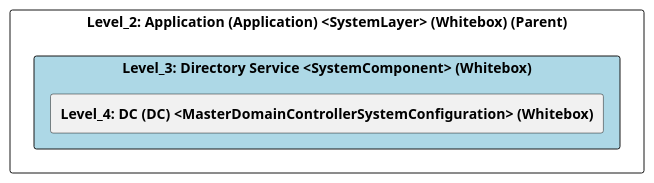
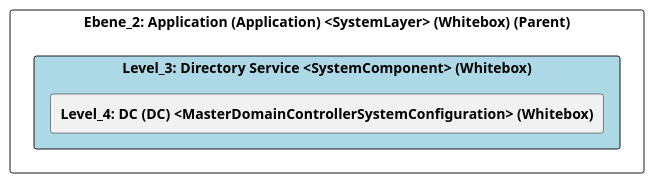
One commit to marcozwyssig/cleon changed the diagram in src/cleon.architecturemethods.arc42.sample/doc/cleon_architecturemethods_arc42_sample_system/adoc/en/05_building_block_view/ikt/application/directory_service/level_3_directory_service.adoc. Above: the diagram before and after it, drawn with PlantUML. The commit also changed other lines of this file and 620 other files, not shown here.

```diff
--- a/src/cleon.architecturemethods.arc42.sample/doc/cleon_architecturemethods_arc42_sample_system/adoc/en/05_building_block_view/ikt/application/directory_service/level_3_directory_service.adoc
+++ b/src/cleon.architecturemethods.arc42.sample/doc/cleon_architecturemethods_arc42_sample_system/adoc/en/05_building_block_view/ikt/application/directory_service/level_3_directory_service.adoc
@@ -24,26 +24,26 @@
 [plantuml, Level_3: Directory Service <SystemComponent> (Whitebox)BlockOverview, format="svg"]
 ----
 @startuml Level_3: Directory Service <SystemComponent> (Whitebox)BuildingBlockOverview
 
 skinparam ranksep 10
 skinparam componentStyle rectangle
 skinparam shadowing false
 skinparam arrowColor lightblue
 skinparam arrowThickness 1.2
 skinparam rectangle {
   BackgroundColor White
   BorderColor #333
   RoundCorner 10
 }
 top to bottom direction
 
-component "Level_2: Application (Application) <SystemLayer> (Whitebox) (Parent)" {
+component "Ebene_2: Application (Application) <SystemLayer> (Whitebox) (Parent)" {
     component "Level_3: Directory Service <SystemComponent> (Whitebox)" #lightblue {
         [**Level_4: DC (DC) <MasterDomainControllerSystemConfiguration> (Whitebox)**] as 8C664CF7_219A_11F0_83AE_DF5418A109A4
     }
 
     
 }
 
 @enduml
 ----
```
